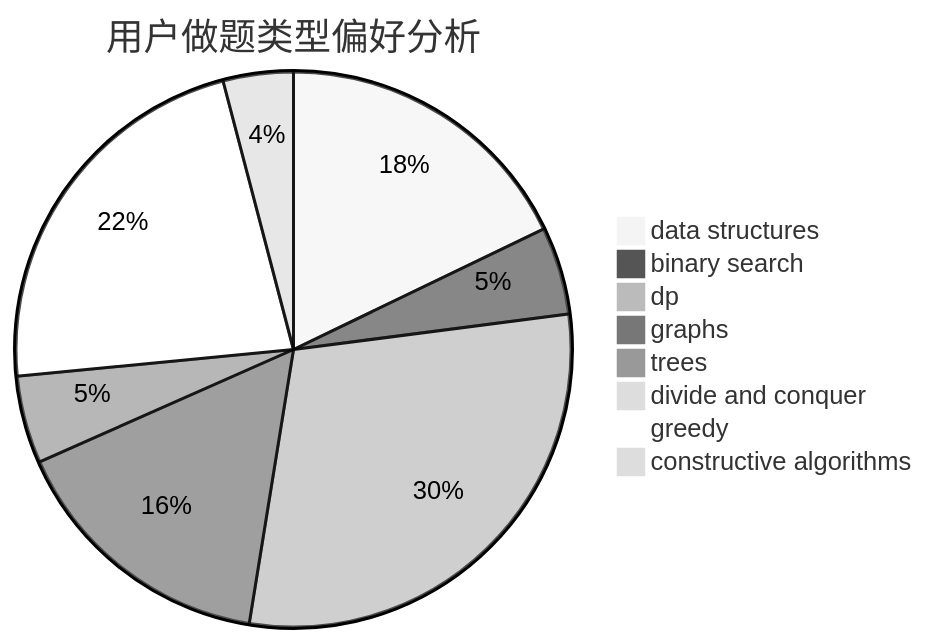
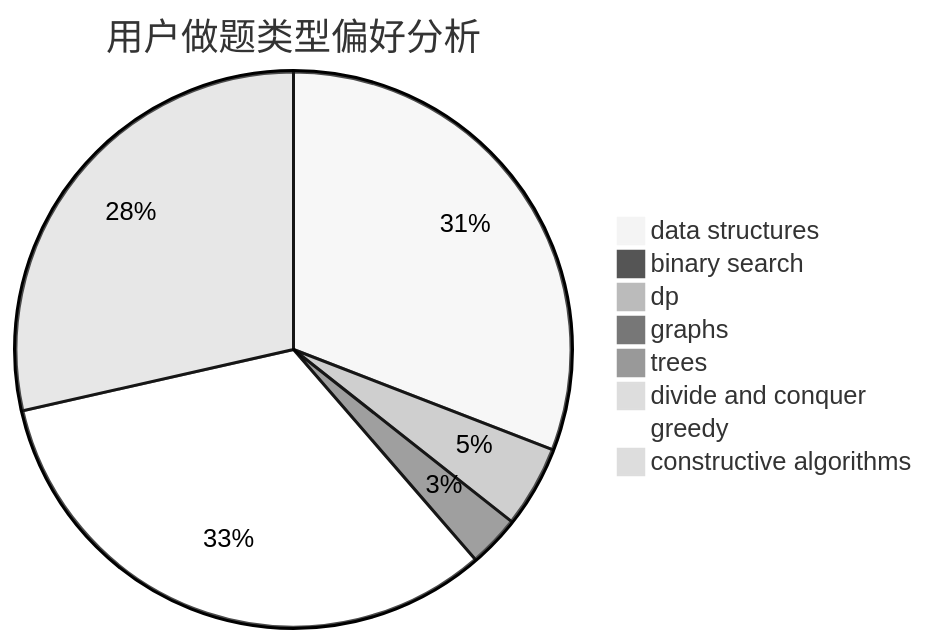
One commit to sherpahu/cfrs.github.io changed the second of 3 diagrams in docs/user/u914.md. Above: the diagram before and after it, drawn with Mermaid (neutral theme). The commit also changed other lines of this file and 2770 other files, not shown here.

````diff
--- a/docs/user/u914.md
+++ b/docs/user/u914.md
@@ -23,11 +23,11 @@
 ```mermaid
 pie title 用户做题类型偏好分析
-    "data structures" :  35
-    "binary search" :  10
-    "dp" :  58
+    "data structures" :  318
+    "binary search" :  2
+    "dp" :  49
     "graphs" :  31
-    "trees" :  10
-    "divide and conquer" :  0
-    "greedy" :  44
-    "constructive algorithms" :  8
+    "trees" :  2
+    "divide and conquer" :  1
+    "greedy" :  338
+    "constructive algorithms" :  294
 ```
````
